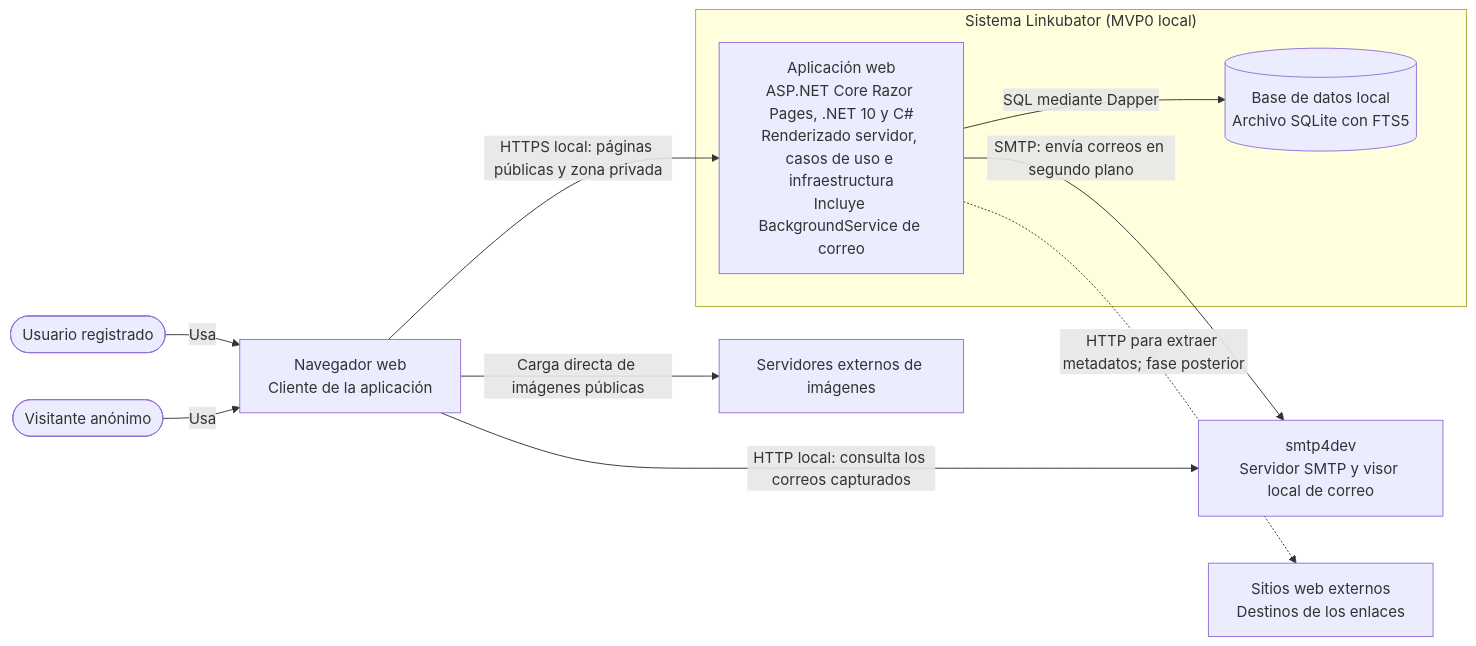
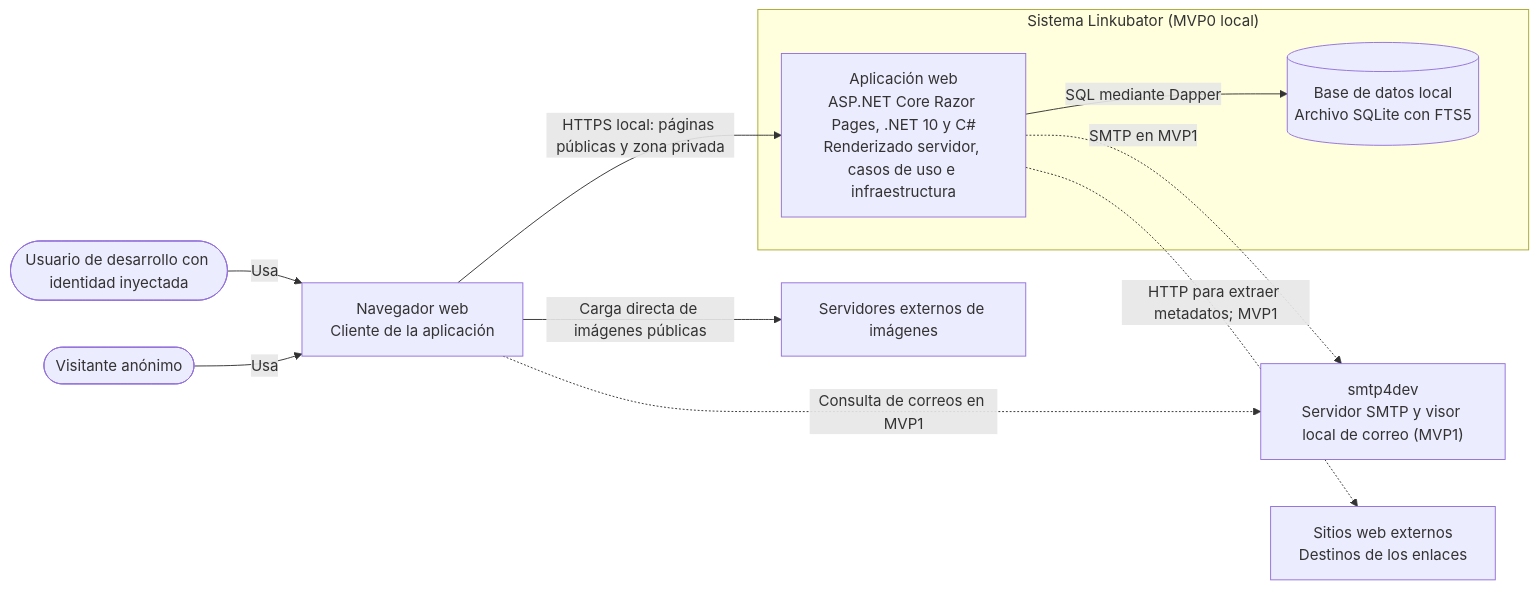
Before and after one commit to DaveSoftDev/Linkubator: the diagram in context/diagrams/container-diagram.md, drawn with Mermaid. The commit also changed other lines of this file and 22 other files, not shown here.

````diff
--- a/context/diagrams/container-diagram.md
+++ b/context/diagrams/container-diagram.md
@@ -5,24 +5,24 @@
 ```mermaid
 flowchart LR
-    registered([Usuario registrado])
+    devUser([Usuario de desarrollo con identidad inyectada])
     visitor([Visitante anónimo])
     browser["Navegador web<br/>Cliente de la aplicación"]
 
     subgraph scope["Sistema Linkubator (MVP0 local)"]
-        web["Aplicación web<br/>ASP.NET Core Razor Pages, .NET 10 y C#<br/>Renderizado servidor, casos de uso e infraestructura<br/>Incluye BackgroundService de correo"]
+        web["Aplicación web<br/>ASP.NET Core Razor Pages, .NET 10 y C#<br/>Renderizado servidor, casos de uso e infraestructura"]
         database[("Base de datos local<br/>Archivo SQLite con FTS5")]
         web -->|SQL mediante Dapper| database
     end
 
-    smtp["smtp4dev<br/>Servidor SMTP y visor local de correo"]
+    smtp["smtp4dev<br/>Servidor SMTP y visor local de correo (MVP1)"]
     targetSites["Sitios web externos<br/>Destinos de los enlaces"]
     imageHosts["Servidores externos de imágenes"]
 
-    registered -->|Usa| browser
+    devUser -->|Usa| browser
     visitor -->|Usa| browser
     browser -->|HTTPS local: páginas públicas y zona privada| web
-    web -->|SMTP: envía correos en segundo plano| smtp
-    browser -->|HTTP local: consulta los correos capturados| smtp
-    web -.->|HTTP para extraer metadatos; fase posterior| targetSites
+    web -.->|SMTP en MVP1| smtp
+    browser -.->|Consulta de correos en MVP1| smtp
+    web -.->|HTTP para extraer metadatos; MVP1| targetSites
     browser -->|Carga directa de imágenes públicas| imageHosts
 ```
````
